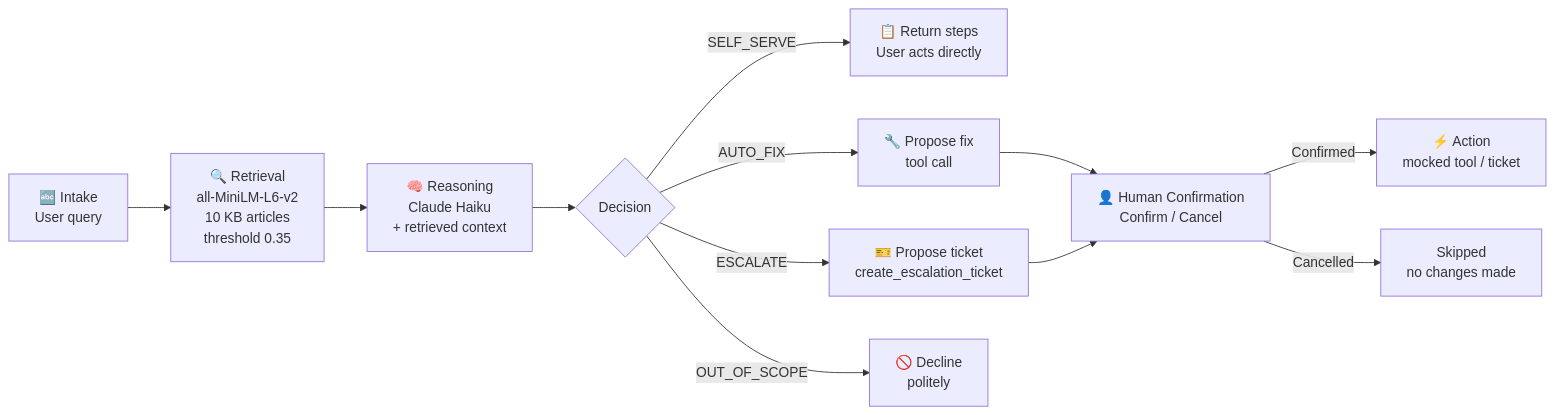
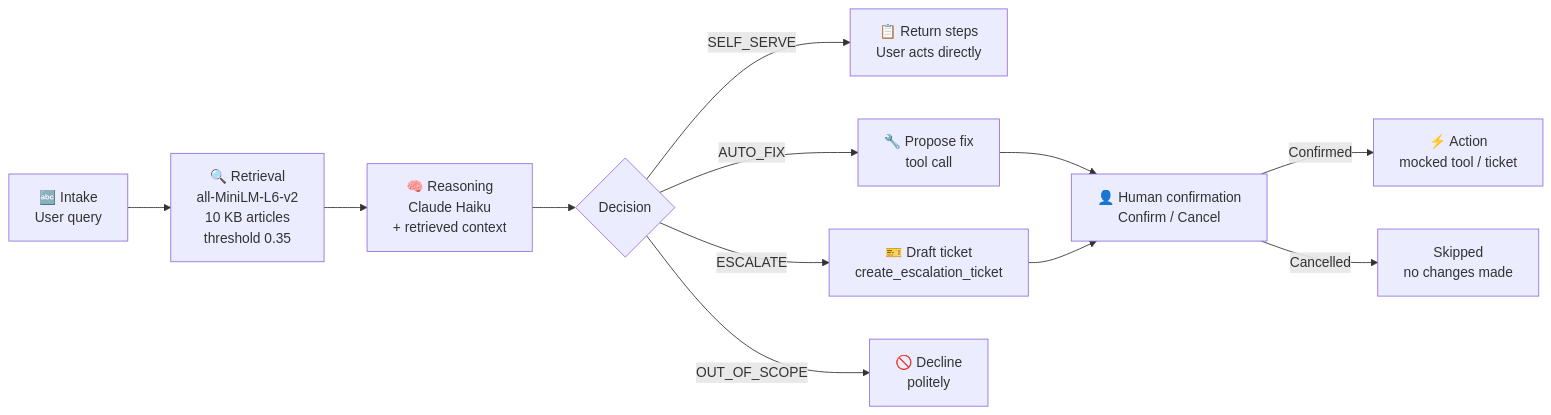
Before and after one commit to 495temych/L1-support-agent: the diagram in README.md, drawn with Mermaid. The commit also changed other lines of this file, not shown here.

````diff
--- a/README.md
+++ b/README.md
@@ -9,14 +11,14 @@
 ```mermaid
 flowchart LR
     A["🔤 Intake\nUser query"] --> B["🔍 Retrieval\nall-MiniLM-L6-v2\n10 KB articles\nthreshold 0.35"]
     B --> C["🧠 Reasoning\nClaude Haiku\n+ retrieved context"]
     C --> D{"Decision"}
     D -- SELF_SERVE --> E["📋 Return steps\nUser acts directly"]
     D -- AUTO_FIX --> F["🔧 Propose fix\ntool call"]
-    D -- ESCALATE --> G["🎫 Propose ticket\ncreate_escalation_ticket"]
+    D -- ESCALATE --> G["🎫 Draft ticket\ncreate_escalation_ticket"]
     D -- OUT_OF_SCOPE --> H["🚫 Decline\npolitely"]
-    F --> I["👤 Human Confirmation\nConfirm / Cancel"]
+    F --> I["👤 Human confirmation\nConfirm / Cancel"]
     G --> I
     I -- Confirmed --> J["⚡ Action\nmocked tool / ticket"]
     I -- Cancelled --> K["Skipped\nno changes made"]
 ```
````
